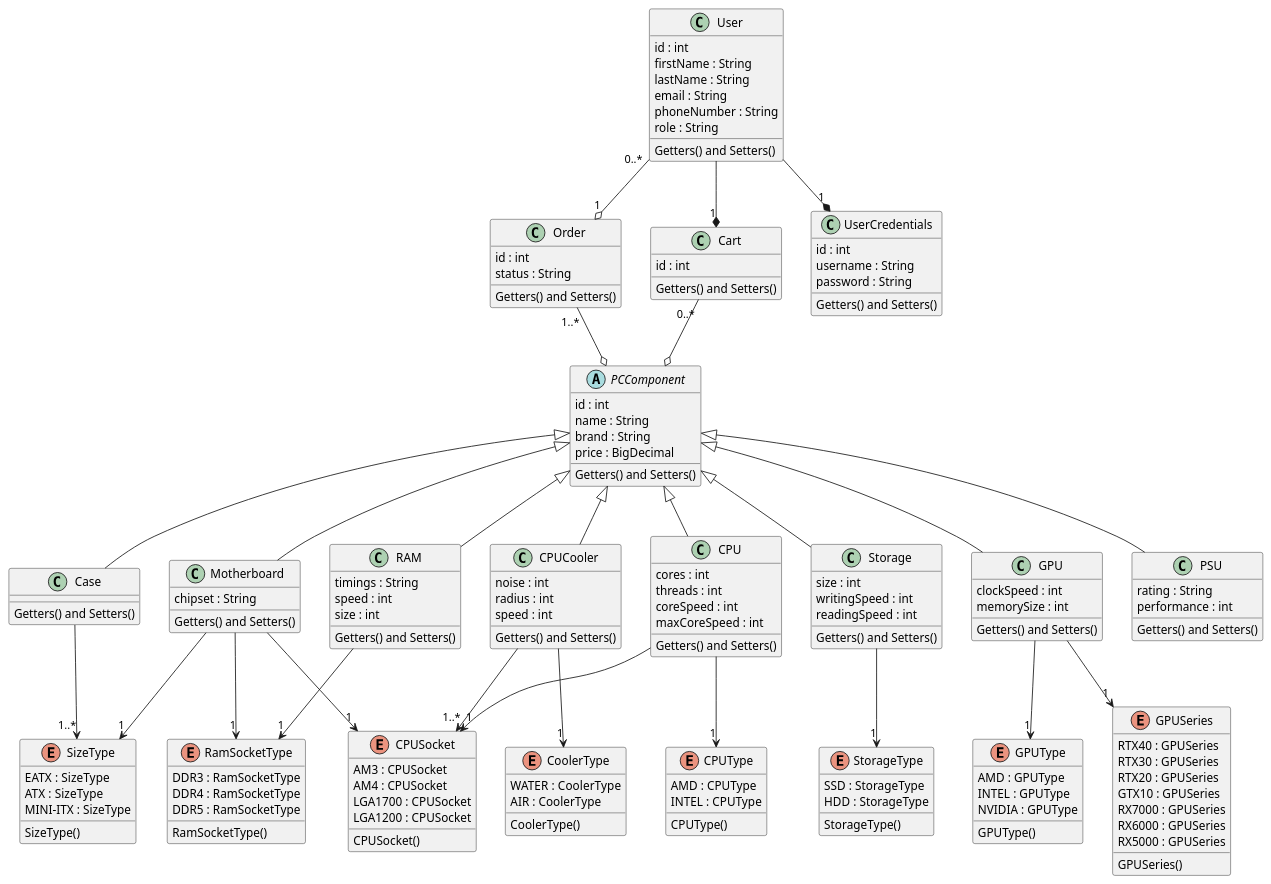
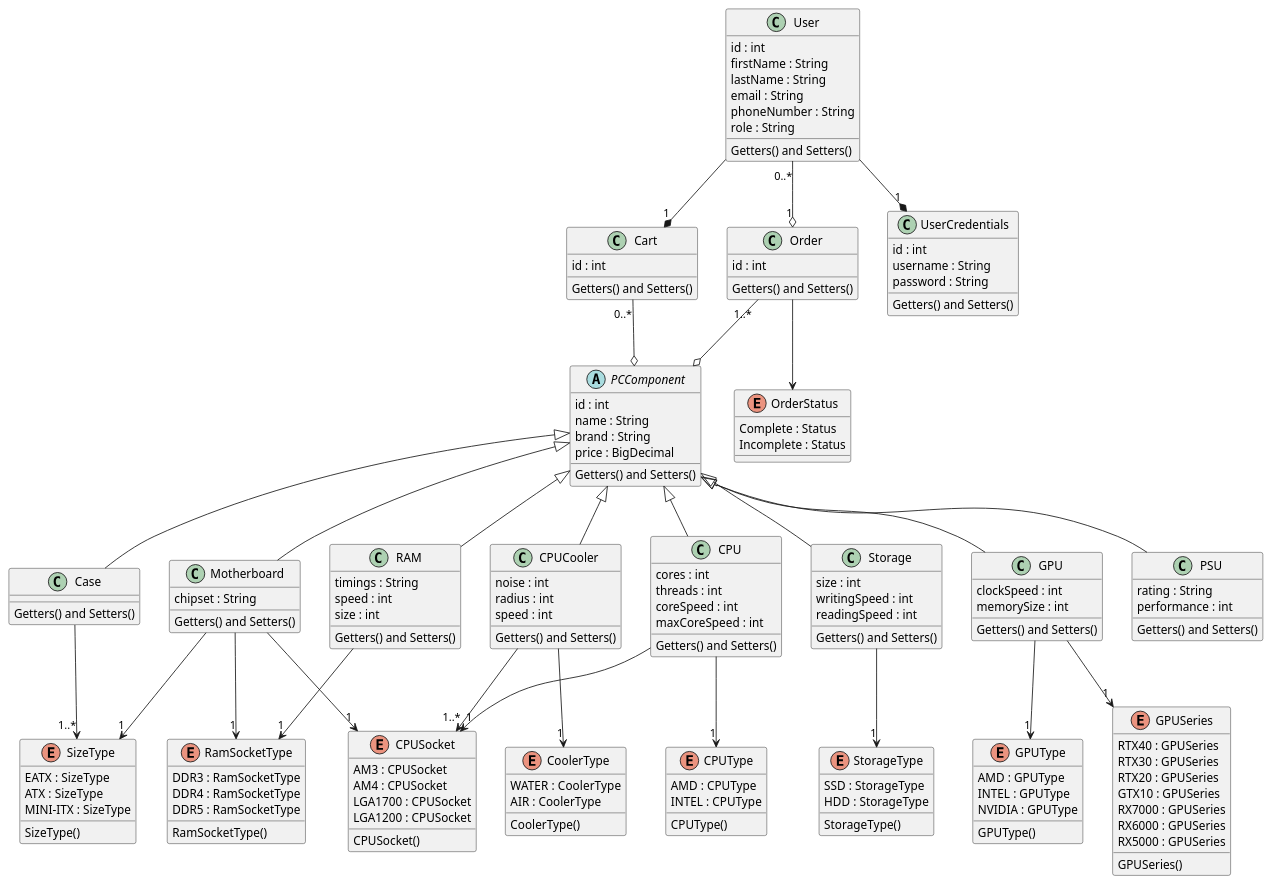
Before and after one commit to KozariAndras/elte-fsz-23-24-osz-pc-builder: the diagram in uml/PCBuilderDomain.plantuml, drawn with PlantUML. The commit also changed 17 other files, not shown here.

```diff
--- a/uml/PCBuilderDomain.plantuml
+++ b/uml/PCBuilderDomain.plantuml
@@ -1,169 +1,173 @@
 @startuml
 class User {
 id : int
 firstName : String
 lastName : String
 email : String
 phoneNumber : String
 role : String
 Getters() and Setters()
 }
 
 class Cart {
 id : int
 Getters() and Setters()
 }
 
 class Order {
 id : int
-status : String
 Getters() and Setters()
 }
 
 abstract class PCComponent {
 id : int
 name : String
 brand : String
 price : BigDecimal
 Getters() and Setters()
 }
 
 
 Motherboard --> "1" SizeType
 Case --> "1..*" SizeType
 RAM --> "1" RamSocketType
-Motherboard  --> "1" RamSocketType 
+Motherboard  --> "1" RamSocketType
 Storage  --> "1" StorageType
 CPUCooler --> "1" CoolerType
 CPU --> "1" CPUSocket
 Motherboard --> "1" CPUSocket
 GPU --> "1" GPUType
 GPU --> "1" GPUSeries
 CPUCooler --> "1..*" CPUSocket
 CPU --> "1" CPUType
+Order --> OrderStatus
 
 
 User --* "1" Cart
 User "0..*" --o "1" Order
 Order "1..*" --o PCComponent
 Cart "0..*" --o PCComponent
 User --* "1" UserCredentials
 
 class Motherboard extends PCComponent {
 chipset : String
 Getters() and Setters()
 }
 
 class RAM extends PCComponent {
 timings : String
 speed : int
 size : int
 Getters() and Setters()
 }
 
 class CPU extends PCComponent {
 cores : int
 threads : int
 coreSpeed : int
 maxCoreSpeed : int
 Getters() and Setters()
 }
 
 
 class GPU extends PCComponent {
 clockSpeed : int
 memorySize : int
 Getters() and Setters()
 }
 
 
 class Storage extends PCComponent {
 size : int
 writingSpeed : int
 readingSpeed : int
 Getters() and Setters()
 }
 
 class Case extends PCComponent {
 Getters() and Setters()
 }
 
 class CPUCooler extends PCComponent {
 noise : int
 radius : int
 speed : int
 Getters() and Setters()
 }
 
 class PSU extends PCComponent {
 rating : String
 performance : int
 Getters() and Setters()
 }
 
 class UserCredentials {
 id : int
 username : String
 password : String
 Getters() and Setters()
 }
 
 enum SizeType {
 EATX : SizeType
 ATX : SizeType
 MINI-ITX : SizeType
 SizeType()
 }
 
 enum StorageType {
 SSD : StorageType
 HDD : StorageType
 StorageType()
 }
 
 enum CoolerType {
 WATER : CoolerType
 AIR : CoolerType
 CoolerType()
 }
 
 enum RamSocketType {
 DDR3 : RamSocketType
 DDR4 : RamSocketType
 DDR5 : RamSocketType
 RamSocketType()
 }
 
 enum CPUType {
 AMD : CPUType
 INTEL : CPUType
 CPUType()
 }
 
 enum GPUType {
-AMD : GPUType 
-INTEL : GPUType 
+AMD : GPUType
+INTEL : GPUType
 NVIDIA : GPUType
 GPUType()
 }
 
 enum GPUSeries {
-RTX40 : GPUSeries 
-RTX30 : GPUSeries 
-RTX20 : GPUSeries 
-GTX10 : GPUSeries 
-RX7000 : GPUSeries 
-RX6000 : GPUSeries 
-RX5000 : GPUSeries 
+RTX40 : GPUSeries
+RTX30 : GPUSeries
+RTX20 : GPUSeries
+GTX10 : GPUSeries
+RX7000 : GPUSeries
+RX6000 : GPUSeries
+RX5000 : GPUSeries
 GPUSeries()
 }
 
+enum OrderStatus{
+Complete : Status
+Incomplete : Status
+}
 
 enum CPUSocket {
 AM3 : CPUSocket
 AM4 : CPUSocket
 LGA1700 : CPUSocket
 LGA1200 : CPUSocket
 CPUSocket()
 }
 @enduml
```
